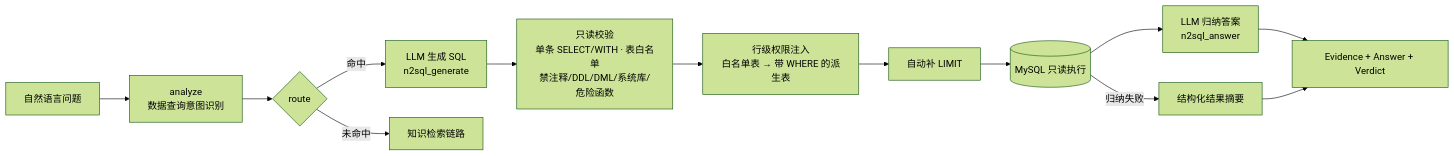
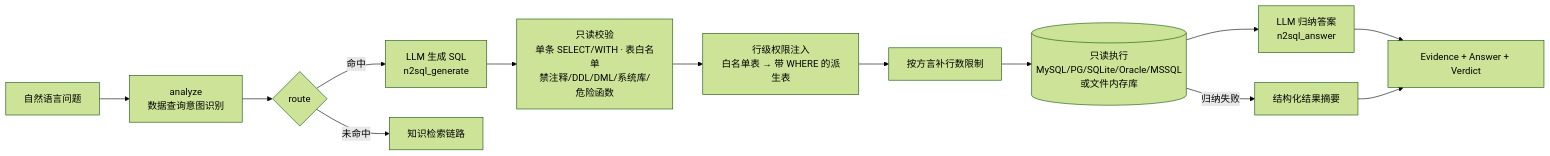
One commit to zengv/zCAISAgent changed the seventh of 8 diagrams in docs/03-architecture.md. Above: the diagram before and after it, drawn with Mermaid (forest theme). The commit also changed other lines of this file and 18 other files, not shown here.

````diff
--- a/docs/03-architecture.md
+++ b/docs/03-architecture.md
@@ -874,15 +874,15 @@
 ```mermaid
 flowchart LR
     Q["自然语言问题"] --> A["analyze<br/>数据查询意图识别"]
     A --> R{"route"}
     R -->|"命中"| G["LLM 生成 SQL<br/>n2sql_generate"]
     R -->|"未命中"| K["知识检索链路"]
     G --> V["只读校验<br/>单条 SELECT/WITH · 表白名单<br/>禁注释/DDL/DML/系统库/危险函数"]
     V --> S["行级权限注入<br/>白名单表 → 带 WHERE 的派生表"]
-    S --> L["自动补 LIMIT"]
-    L --> D[("MySQL 只读执行")]
+    S --> L["按方言补行数限制"]
+    L --> D[("只读执行<br/>MySQL/PG/SQLite/Oracle/MSSQL<br/>或文件内存库")]
     D --> N["LLM 归纳答案<br/>n2sql_answer"]
     D -->|"归纳失败"| F["结构化结果摘要"]
     N --> E["Evidence + Answer + Verdict"]
     F --> E
 ```
````
